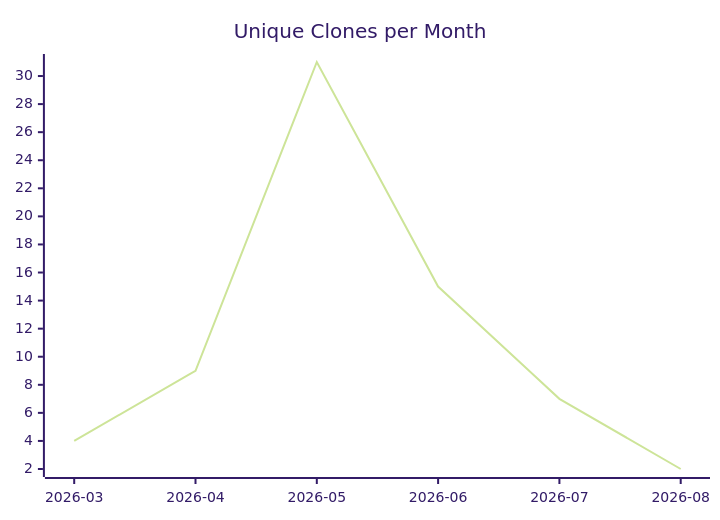
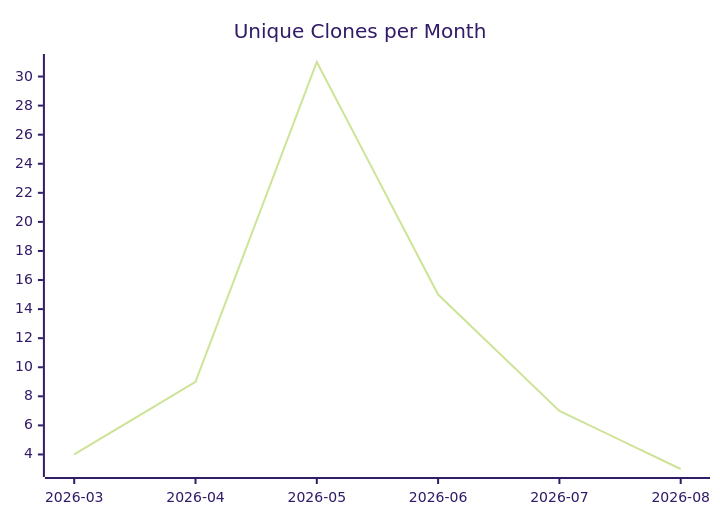
One commit to justdavis-family/github-analytics-data changed the third of 3 diagrams in karlmdavis/ansible-role-rcm-dotfiles/README.md. Above: the diagram before and after it, drawn with Mermaid (forest theme). The commit also changed other lines of this file and 177 other files, not shown here.

````diff
--- a/karlmdavis/ansible-role-rcm-dotfiles/README.md
+++ b/karlmdavis/ansible-role-rcm-dotfiles/README.md
@@ -19,6 +19,6 @@
 ```mermaid
 xychart-beta
   title "Unique Clones per Month"
   x-axis ["2026-03", "2026-04", "2026-05", "2026-06", "2026-07", "2026-08"]
-  line [4, 9, 31, 15, 7, 2]
+  line [4, 9, 31, 15, 7, 3]
 ```
````
